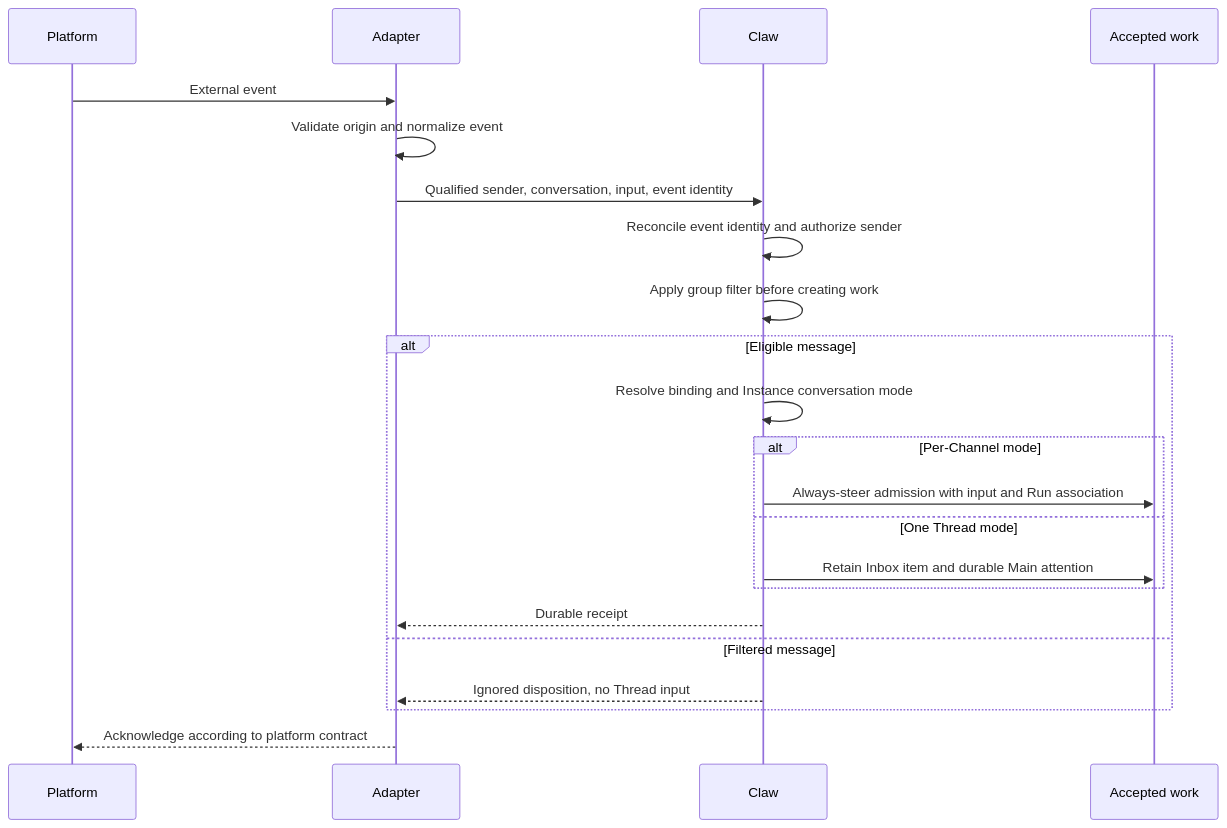
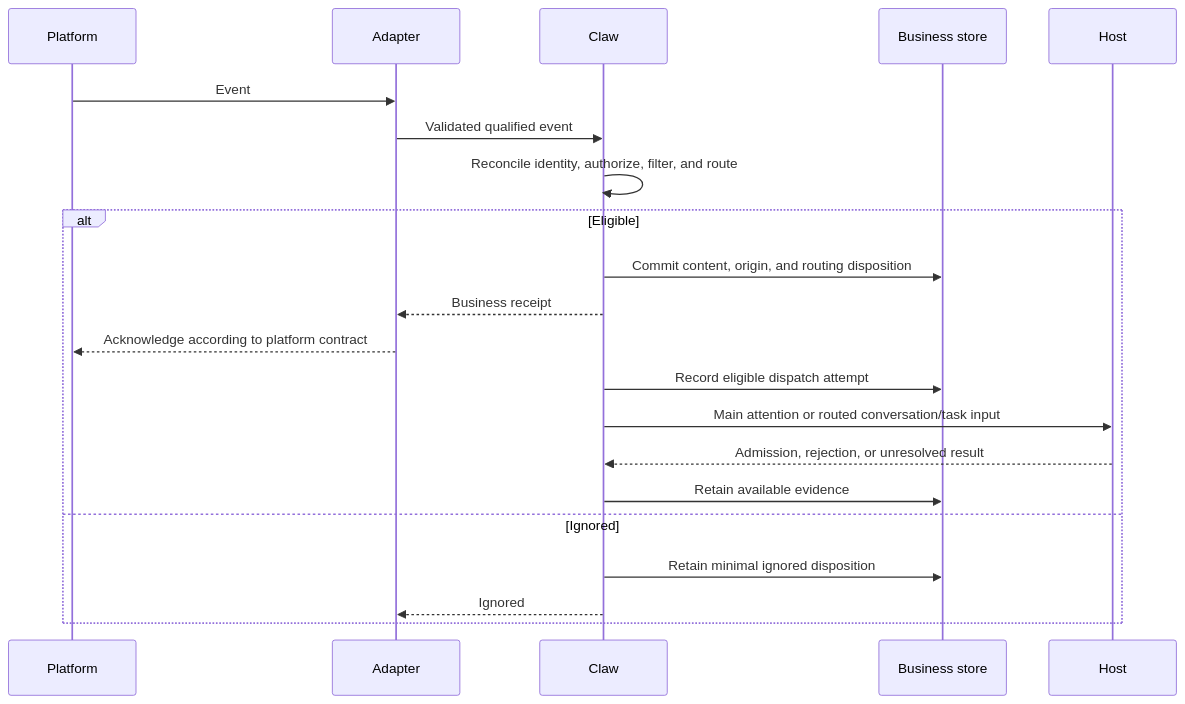
The diagram in spec/07-bridges-and-clients.md (Wh1isper/a13n-claw), drawn with Mermaid before and after one commit. The commit also changed other lines of this file and 16 other files, not shown here.

````diff
--- a/spec/07-bridges-and-clients.md
+++ b/spec/07-bridges-and-clients.md
@@ -50,24 +45,23 @@
 ```mermaid
 sequenceDiagram
     participant Platform
     participant Adapter
     participant Claw
-    participant Work as Accepted work
-    Platform->>Adapter: External event
-    Adapter->>Adapter: Validate origin and normalize event
-    Adapter->>Claw: Qualified sender, conversation, input, event identity
-    Claw->>Claw: Reconcile event identity and authorize sender
-    Claw->>Claw: Apply group filter before creating work
-    alt Eligible message
-        Claw->>Claw: Resolve binding and Instance conversation mode
-        alt Per-Channel mode
-            Claw->>Work: Always-steer admission with input and Run association
-        else One Thread mode
-            Claw->>Work: Retain Inbox item and durable Main attention
-        end
-        Claw-->>Adapter: Durable receipt
-    else Filtered message
-        Claw-->>Adapter: Ignored disposition, no Thread input
+    participant Store as Business store
+    participant Host
+    Platform->>Adapter: Event
+    Adapter->>Claw: Validated qualified event
+    Claw->>Claw: Reconcile identity, authorize, filter, and route
+    alt Eligible
+        Claw->>Store: Commit content, origin, and routing disposition
+        Claw-->>Adapter: Business receipt
+        Adapter-->>Platform: Acknowledge according to platform contract
+        Claw->>Store: Record eligible dispatch attempt
+        Claw->>Host: Main attention or routed conversation/task input
+        Host-->>Claw: Admission, rejection, or unresolved result
+        Claw->>Store: Retain available evidence
+    else Ignored
+        Claw->>Store: Retain minimal ignored disposition
+        Claw-->>Adapter: Ignored
     end
-    Adapter-->>Platform: Acknowledge according to platform contract
 ```
````
